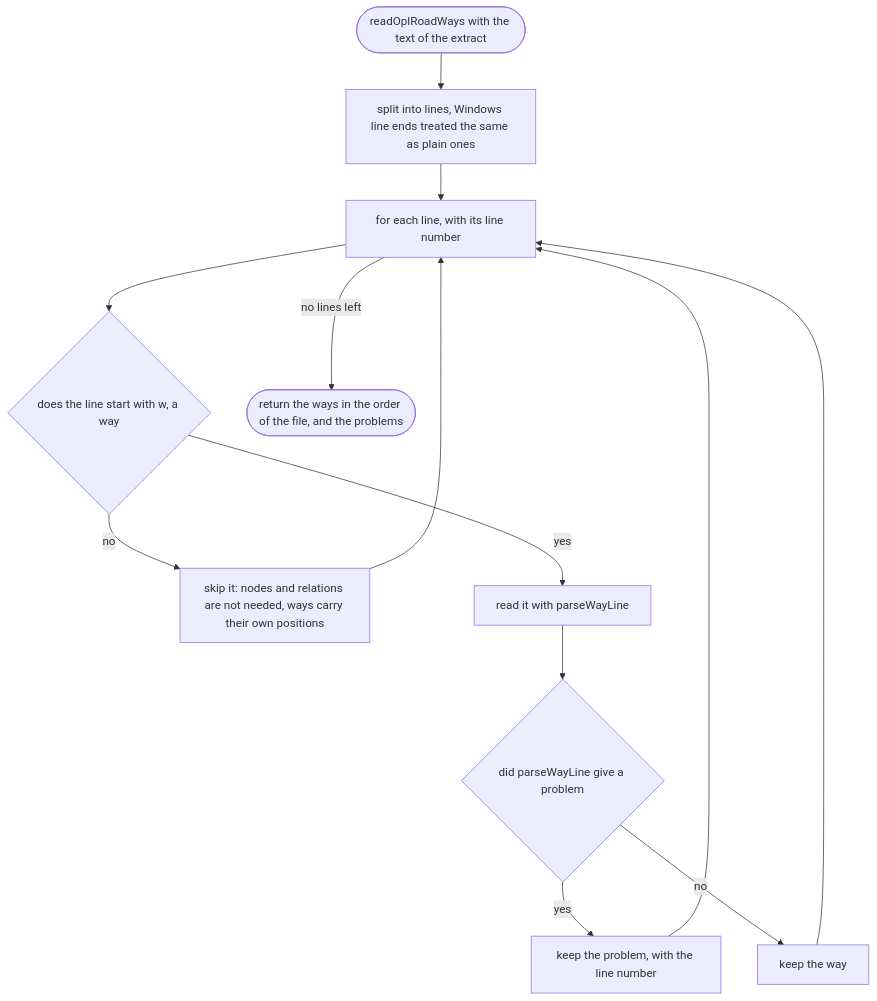
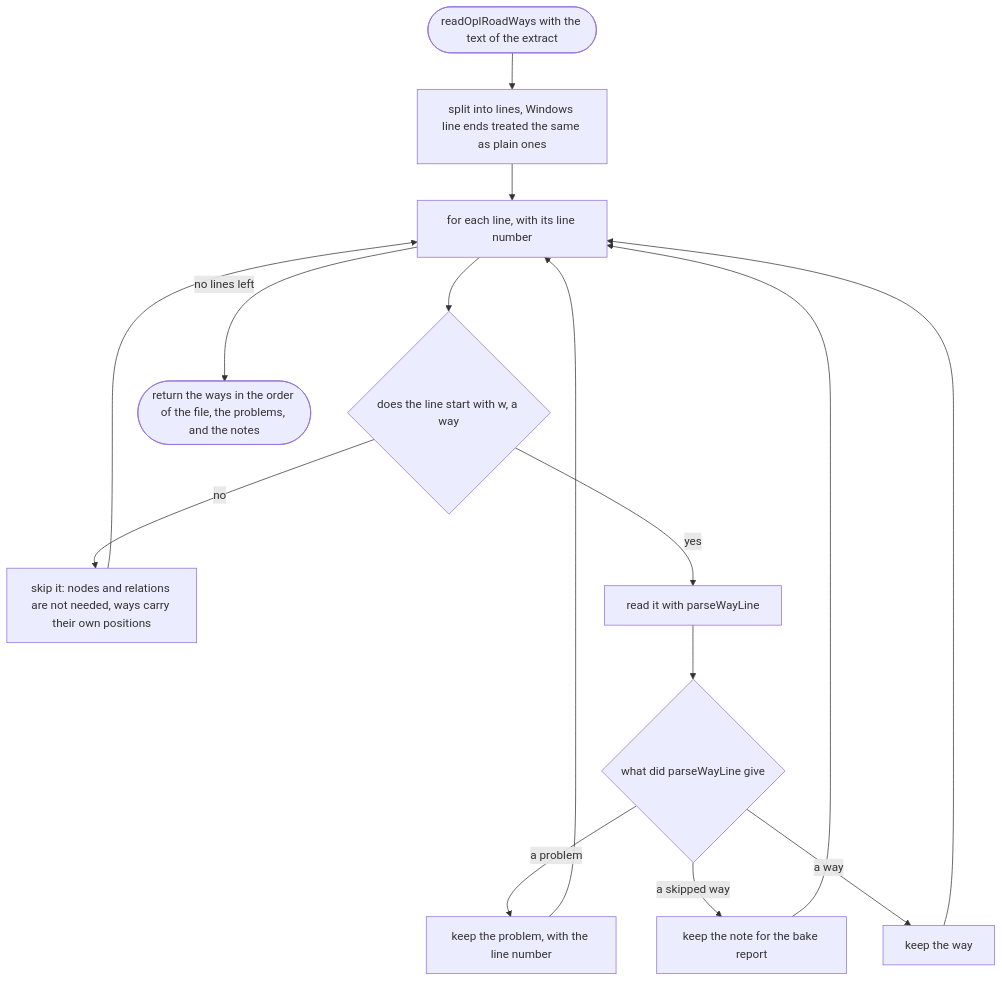
The first of 5 diagrams in docs/designs/tools/bake/opl.md (NewDara-Star/world-engine), drawn with Mermaid before and after one commit. The commit also changed other lines of this file and 41 other files, not shown here.

````diff
--- a/docs/designs/tools/bake/opl.md
+++ b/docs/designs/tools/bake/opl.md
@@ -22,19 +23,21 @@
 ```mermaid
 flowchart TD
   s(["readOplRoadWays with the text of the extract"])
   a["split into lines, Windows line ends treated the same as plain ones"]
   b["for each line, with its line number"]
   c{"does the line start with w, a way"}
   d["skip it: nodes and relations are not needed, ways carry their own positions"]
   e["read it with parseWayLine"]
-  f{"did parseWayLine give a problem"}
+  f{"what did parseWayLine give"}
   g["keep the problem, with the line number"]
+  n["keep the note for the bake report"]
   h["keep the way"]
-  i(["return the ways in the order of the file, and the problems"])
+  i(["return the ways in the order of the file, the problems, and the notes"])
   s --> a --> b --> c
   c -->|"no"| d --> b
   c -->|"yes"| e --> f
-  f -->|"yes"| g --> b
-  f -->|"no"| h --> b
+  f -->|"a problem"| g --> b
+  f -->|"a skipped way"| n --> b
+  f -->|"a way"| h --> b
   b -->|"no lines left"| i
 ```
````
